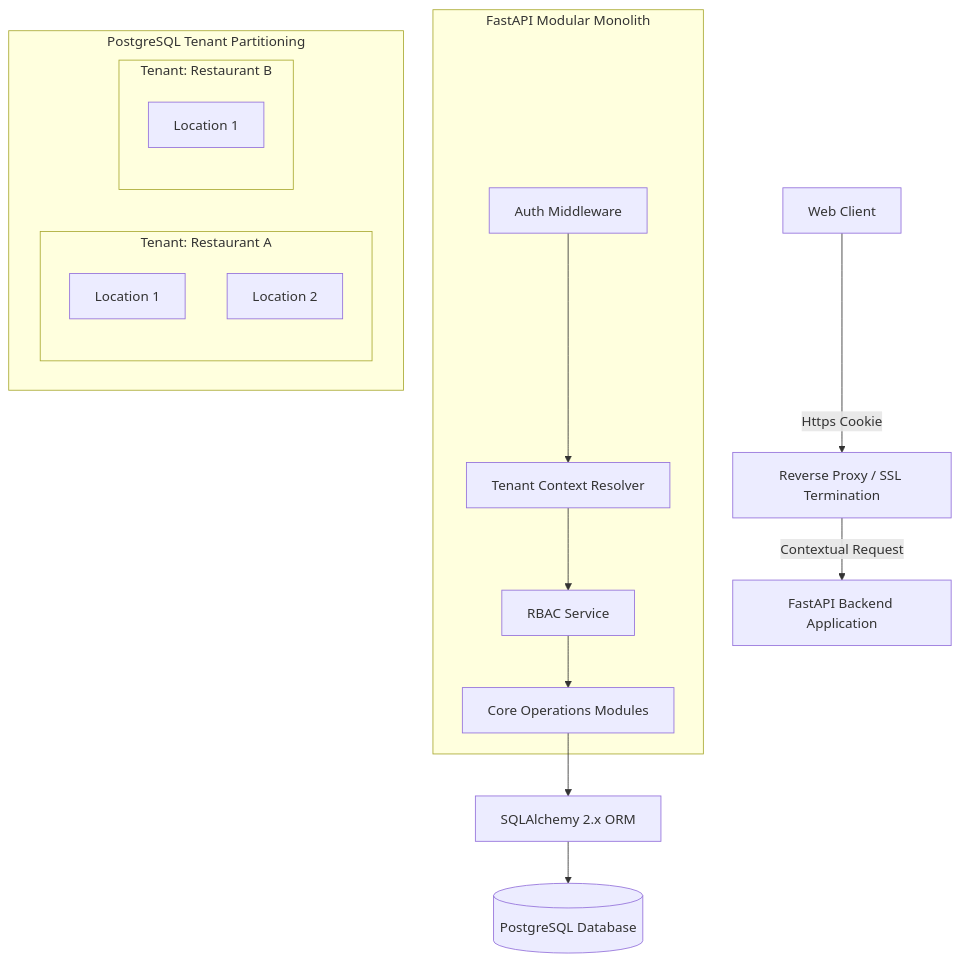
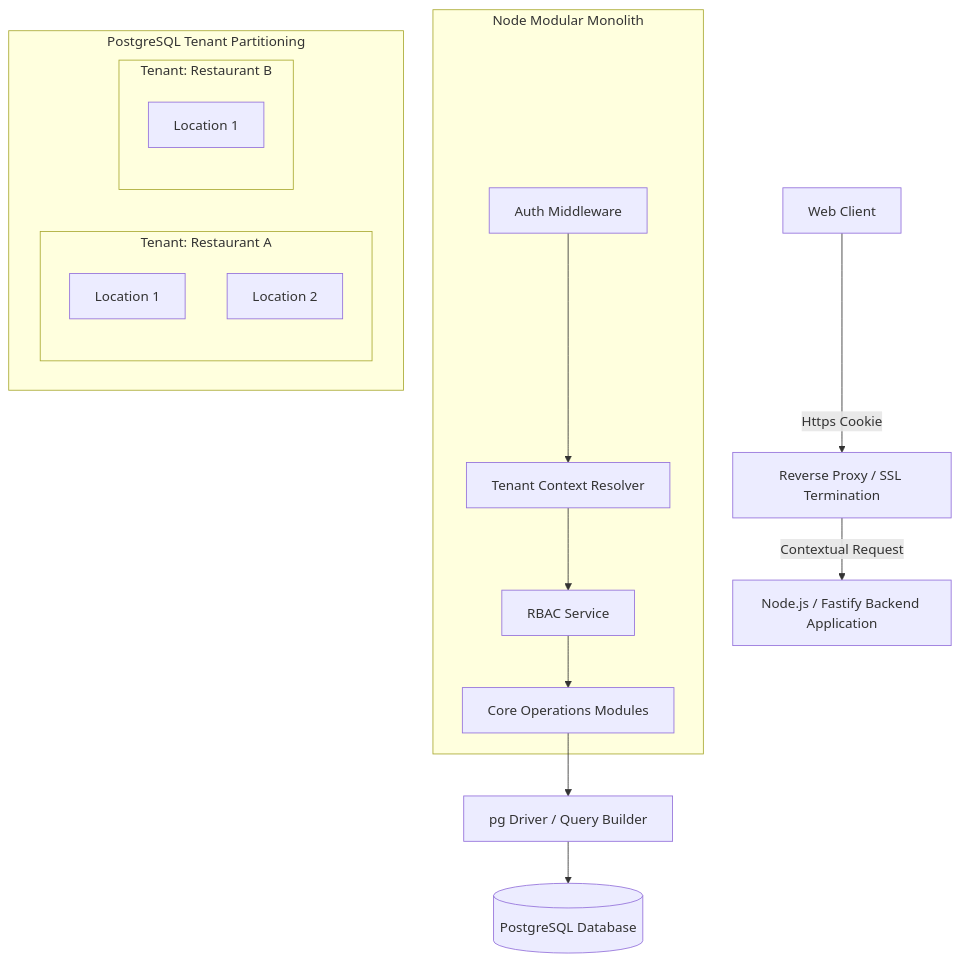
Before and after one commit to Harims47/Hotel_WebApp_v2: the first of 3 diagrams in docs/architecture/MULTI_TENANT_ARCHITECTURE.md, drawn with Mermaid. The commit also changed other lines of this file and 216 other files, not shown here.

Commit message:
feat: implement security middleware and document API, testing, and system architecture strategies

````diff
--- a/docs/architecture/MULTI_TENANT_ARCHITECTURE.md
+++ b/docs/architecture/MULTI_TENANT_ARCHITECTURE.md
@@ -9,29 +9,29 @@
 ```mermaid
 graph TD
     User[Web Client] -->|Https Cookie| Gateway[Reverse Proxy / SSL Termination]
-    Gateway -->|Contextual Request| FastAPI[FastAPI Backend Application]
+    Gateway -->|Contextual Request| Fastify[Node.js / Fastify Backend Application]
     
-    subgraph FastAPI App [FastAPI Modular Monolith]
+    subgraph Fastify App [Node Modular Monolith]
         Auth[Auth Middleware]
         TenantContext[Tenant Context Resolver]
         RBAC[RBAC Service]
         Core[Core Operations Modules]
     end
     
     Auth --> TenantContext
     TenantContext --> RBAC
     RBAC --> Core
     
-    Core --> SQLAlchemy[SQLAlchemy 2.x ORM]
-    SQLAlchemy --> DB[(PostgreSQL Database)]
+    Core --> DBClient[pg Driver / Query Builder]
+    DBClient --> DB[(PostgreSQL Database)]
     
     subgraph PostgreSQL [PostgreSQL Tenant Partitioning]
         subgraph Tenant1 [Tenant: Restaurant A]
             LocA1[Location 1]
             LocA2[Location 2]
         end
         subgraph Tenant2 [Tenant: Restaurant B]
             LocB1[Location 1]
         end
     end
 ```
````
